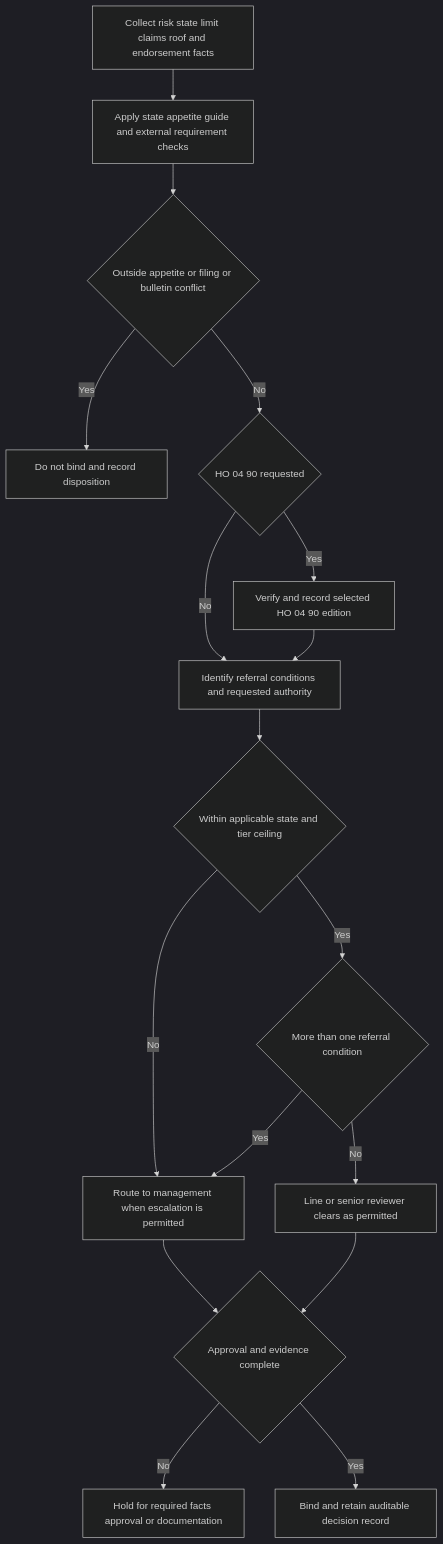
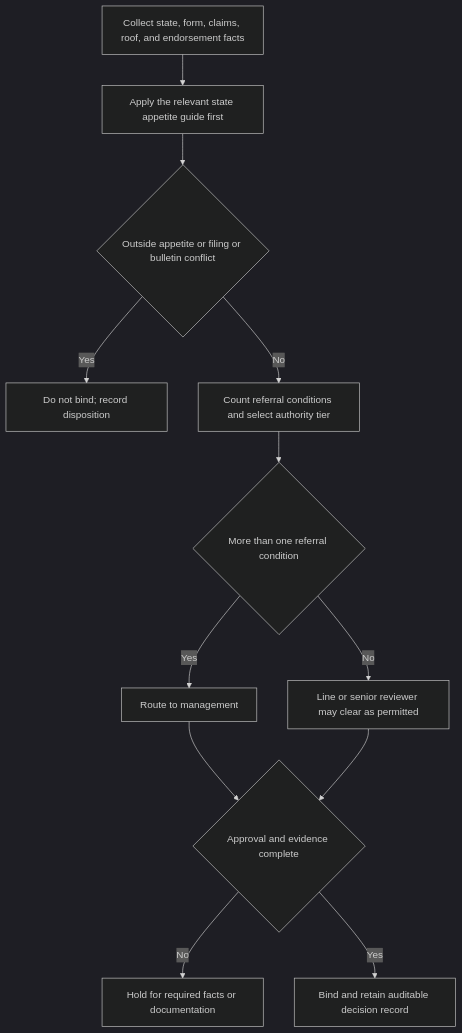
Before and after one commit to eugeneliu-86/openwiki-insurance-corpus: the diagram in openwiki/underwriting/referral-and-binding-authority.md, drawn with Mermaid (dark theme). The commit also changed other lines of this file and 59 other files, not shown here.

````diff
--- a/openwiki/underwriting/referral-and-binding-authority.md
+++ b/openwiki/underwriting/referral-and-binding-authority.md
@@ -54,19 +75,14 @@
 ```mermaid
 flowchart TD
-    Intake["Collect risk state limit claims roof and endorsement facts"] --> StateGuide["Apply state appetite guide and external requirement checks"]
+    Intake["Collect state, form, claims, roof, and endorsement facts"] --> StateGuide["Apply the relevant state appetite guide first"]
     StateGuide --> HardStop{"Outside appetite or filing or bulletin conflict"}
-    HardStop -- Yes --> NoBind["Do not bind and record disposition"]
-    HardStop -- No --> WaterRequest{"HO 04 90 requested"}
-    WaterRequest -- No --> Triggers["Identify referral conditions and requested authority"]
-    WaterRequest -- Yes --> Edition["Verify and record selected HO 04 90 edition"]
-    Edition --> Triggers
-    Triggers --> Limit{"Within applicable state and tier ceiling"}
-    Limit -- No --> Management["Route to management when escalation is permitted"]
-    Limit -- Yes --> Count{"More than one referral condition"}
-    Count -- Yes --> Management
-    Count -- No --> Authority["Line or senior reviewer clears as permitted"]
-    Management --> Complete{"Approval and evidence complete"}
-    Authority --> Complete
-    Complete -- No --> Hold["Hold for required facts approval or documentation"]
-    Complete -- Yes --> Bind["Bind and retain auditable decision record"]
+    HardStop -- Yes --> NoBind["Do not bind; record disposition"]
+    HardStop -- No --> Triggers["Count referral conditions and select authority tier"]
+    Triggers --> Count{"More than one referral condition"}
+    Count -- Yes --> Management["Route to management"]
+    Count -- No --> Authority["Line or senior reviewer may clear as permitted"]
+    Management --> Approval{"Approval and evidence complete"}
+    Authority --> Approval
+    Approval -- No --> Hold["Hold for required facts or documentation"]
+    Approval -- Yes --> Bind["Bind and retain auditable decision record"]
 ```
````
